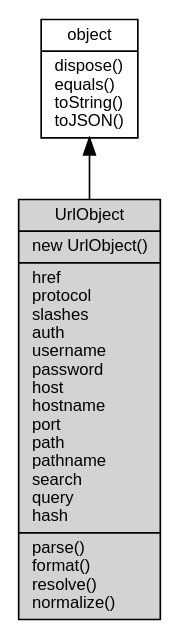
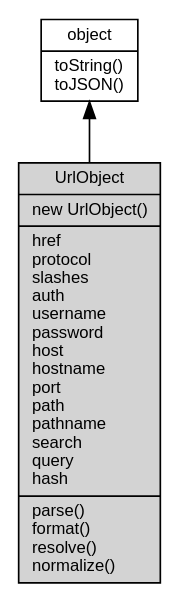
One commit to asionius/fibjs-ceph changed the diagram in docs/object/ifs/UrlObject.md. Above: the diagram before and after it, drawn with Graphviz. The commit also changed other lines of this file and 138 other files, not shown here.

````diff
--- a/docs/object/ifs/UrlObject.md
+++ b/docs/object/ifs/UrlObject.md
@@ -16,10 +16,10 @@
 ```dot
 digraph {
     node [fontname="Helvetica,sans-Serif", fontsize=10, shape="record", style="filled", fillcolor="white"];
 
-    object [tooltip="object", URL="object.md", label="{object|dispose()\lequals()\ltoString()\ltoJSON()\l}"];
-    UrlObject [tooltip="UrlObject", fillcolor="lightgray", label="{UrlObject|new UrlObject()\l|href\lprotocol\lslashes\lauth\lusername\lpassword\lhost\lhostname\lport\lpath\lpathname\lsearch\lquery\lhash\l|parse()\lformat()\lresolve()\lnormalize()\l}"];
+    object [tooltip="object", URL="object.md", label="{object|toString()\ltoJSON()\l}"];
+    UrlObject [tooltip="UrlObject", fillcolor="lightgray", id="me", label="{UrlObject|new UrlObject()\l|href\lprotocol\lslashes\lauth\lusername\lpassword\lhost\lhostname\lport\lpath\lpathname\lsearch\lquery\lhash\l|parse()\lformat()\lresolve()\lnormalize()\l}"];
 
     object -> UrlObject [dir=back];
 }
 ```
````
